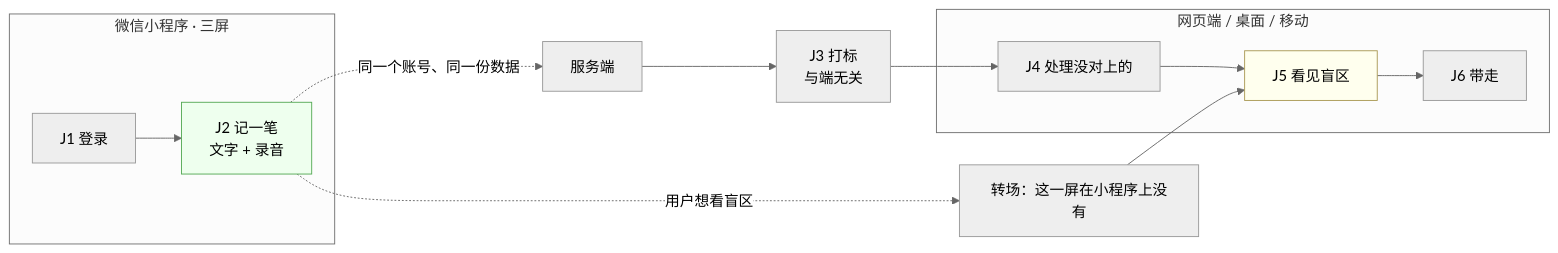
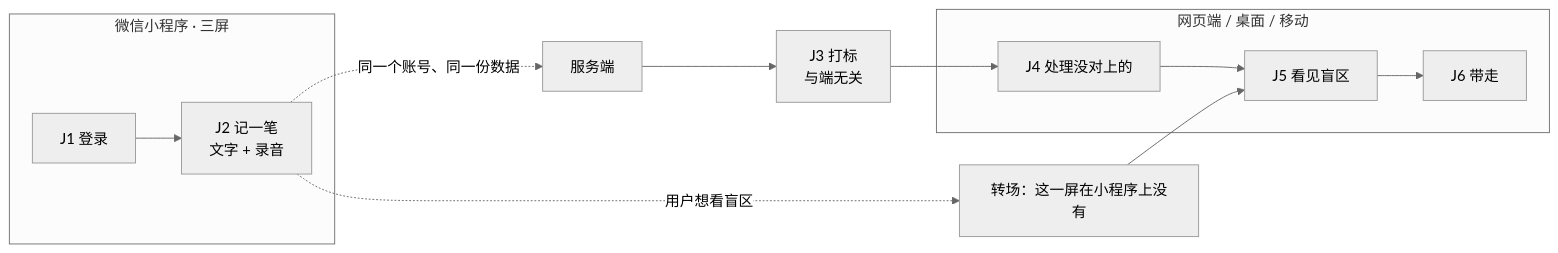
Before and after one commit to chenyuanjin/kubic: the first of 2 diagrams in docs/product/modules/M6-端与形态/INDEX.md, drawn with Mermaid (neutral theme). The commit also changed 14 other files, not shown here.

First line of the commit message:
KUBI-76 终审第一批:M0-G2 落败方补齐 + TS-08 转录纠错 + 搜索端点残留 + 流程图去色

````diff
--- a/docs/product/modules/M6-端与形态/INDEX.md
+++ b/docs/product/modules/M6-端与形态/INDEX.md
@@ -41,17 +41,15 @@
 ```mermaid
 flowchart LR
     subgraph MP["微信小程序 · 三屏"]
         MJ1["J1 登录"] --> MJ2["J2 记一笔<br/>文字 + 录音"]
     end
     MJ2 -.同一个账号、同一份数据.-> S["服务端"]
     S --> MJ3["J3 打标<br/>与端无关"]
     subgraph WEB["网页端 / 桌面 / 移动"]
         WJ4["J4 处理没对上的"] --> WJ5["J5 看见盲区"] --> WJ6["J6 带走"]
     end
     MJ3 --> WJ4
     MJ2 -.用户想看盲区.-> X["转场：这一屏在小程序上没有"]
     X --> WJ5
 
-    style MJ2 fill:#efe,stroke:#5a5
-    style WJ5 fill:#ffe,stroke:#a95
 ```
````
